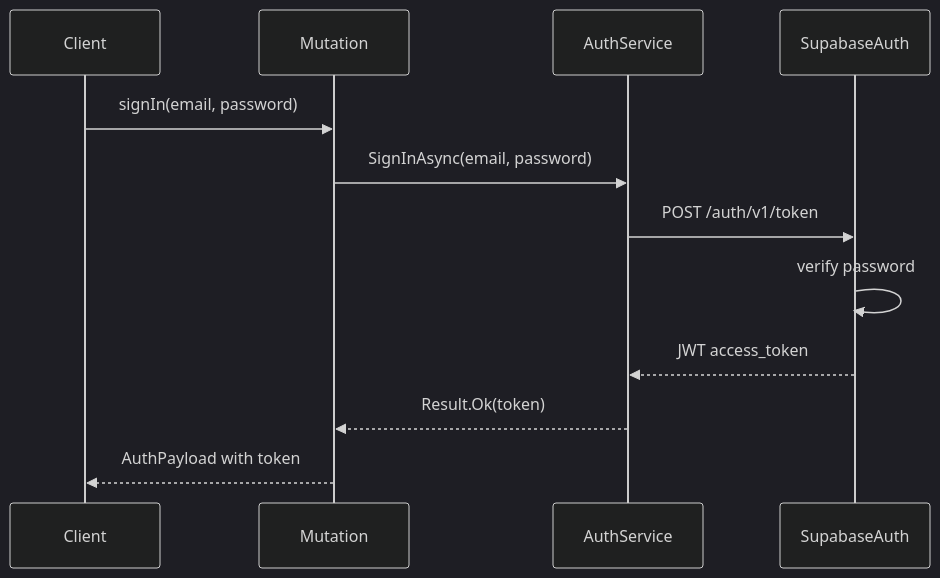
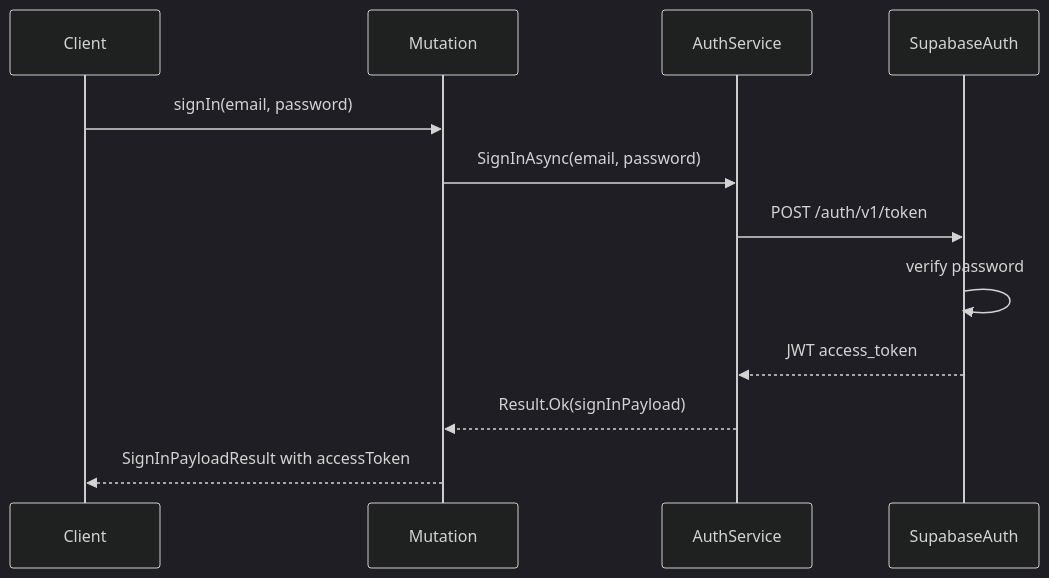
Before and after one commit to dev-personal-projects/vela: the fifth of 12 diagrams in docs/phases/PHASE-4-graphql-api.md, drawn with Mermaid (dark theme). The commit also changed other lines of this file and 7 other files, not shown here.

First line of the commit message:
✨ feat: enhance GraphQL queries with filtering options

````diff
--- a/docs/phases/PHASE-4-graphql-api.md
+++ b/docs/phases/PHASE-4-graphql-api.md
@@ -130,15 +143,15 @@
 ```mermaid
 sequenceDiagram
     participant Client
     participant Mutation
     participant AuthService
     participant SupabaseAuth
 
     Client->>Mutation: signIn(email, password)
     Mutation->>AuthService: SignInAsync(email, password)
     AuthService->>SupabaseAuth: POST /auth/v1/token
     SupabaseAuth->>SupabaseAuth: verify password
     SupabaseAuth-->>AuthService: JWT access_token
-    AuthService-->>Mutation: Result.Ok(token)
-    Mutation-->>Client: AuthPayload with token
+    AuthService-->>Mutation: Result.Ok(signInPayload)
+    Mutation-->>Client: SignInPayloadResult with accessToken
 ```
````
